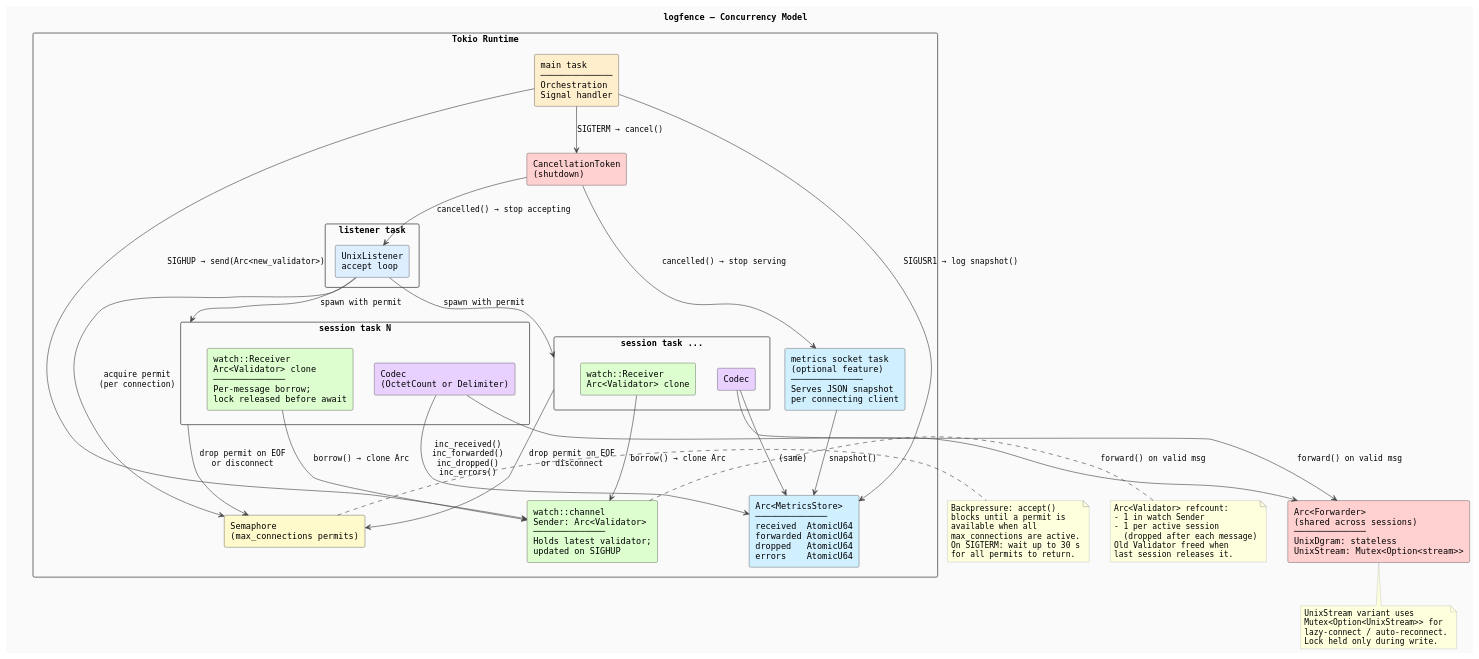
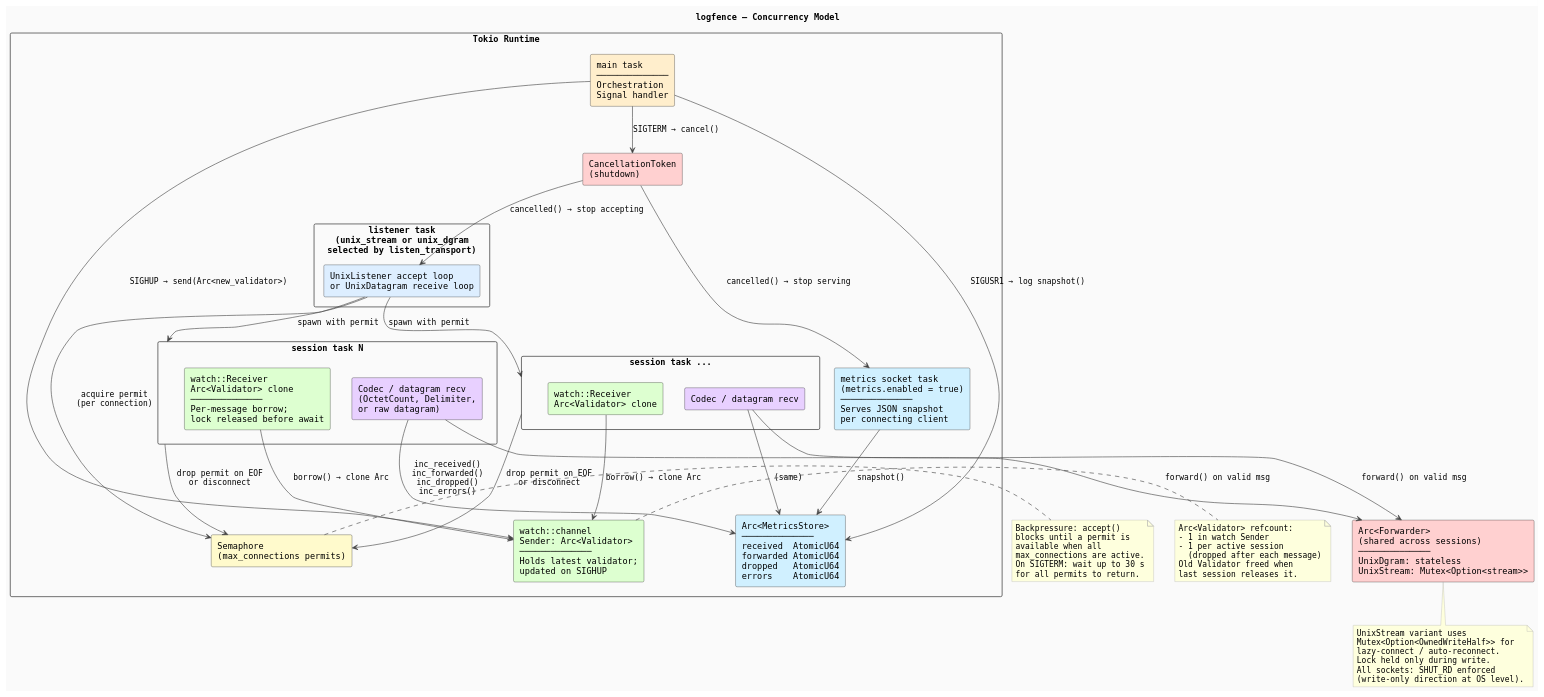
One commit to hildstrom/logfence changed the diagram in docs/diagrams/08-concurrency-model.puml. Above: the diagram before and after it, drawn with PlantUML. The commit also changed 23 other files, not shown here.

Commit message:
datagram input support for logfenced, metrics socket enabled flag, doc updates, diagram updates

```diff
--- a/docs/diagrams/08-concurrency-model.puml
+++ b/docs/diagrams/08-concurrency-model.puml
@@ -1,92 +1,94 @@
 @startuml concurrency-model
 title logfence — Concurrency Model
 
 skinparam defaultFontName Monospaced
 skinparam componentStyle rectangle
 skinparam ArrowColor #444444
 skinparam BackgroundColor #FAFAFA
 skinparam noteBorderColor #AAAAAA
 
 rectangle "Tokio Runtime" {
 
   component "main task\n──────────────\nOrchestration\nSignal handler" as Main #FFEECC
 
   component "Semaphore\n(max_connections permits)" as Sema #FFFACC
 
   component "watch::channel\nSender: Arc<Validator>\n──────────────\nHolds latest validator;\nupdated on SIGHUP" as Watch #DDFFD0
 
   component "CancellationToken\n(shutdown)" as Cancel #FFD0D0
 
   component "Arc<MetricsStore>\n──────────────\nreceived  AtomicU64\nforwarded AtomicU64\ndropped   AtomicU64\nerrors    AtomicU64" as Metrics #D0F0FF
 
-  rectangle "listener task" {
-    component "UnixListener\naccept loop" as AcceptLoop #DDEEFF
+  rectangle "listener task\n(unix_stream or unix_dgram\nselected by listen_transport)" {
+    component "UnixListener accept loop\nor UnixDatagram receive loop" as AcceptLoop #DDEEFF
   }
 
   rectangle "session task N" as S1 {
     component "watch::Receiver\nArc<Validator> clone\n──────────────\nPer-message borrow;\nlock released before await" as WatchRx1 #DDFFD0
-    component "Codec\n(OctetCount or Delimiter)" as Codec1 #E8D0FF
+    component "Codec / datagram recv\n(OctetCount, Delimiter,\nor raw datagram)" as Codec1 #E8D0FF
   }
 
   rectangle "session task ..." as S2 {
     component "watch::Receiver\nArc<Validator> clone" as WatchRx2 #DDFFD0
-    component "Codec" as Codec2 #E8D0FF
+    component "Codec / datagram recv" as Codec2 #E8D0FF
   }
 
-  component "metrics socket task\n(optional feature)\n──────────────\nServes JSON snapshot\nper connecting client" as MetricsSock #D0F0FF
+  component "metrics socket task\n(metrics.enabled = true)\n──────────────\nServes JSON snapshot\nper connecting client" as MetricsSock #D0F0FF
 
 }
 
 component "Arc<Forwarder>\n(shared across sessions)\n──────────────\nUnixDgram: stateless\nUnixStream: Mutex<Option<stream>>" as Forwarder #FFD0D0
 
 Main --> Watch : SIGHUP → send(Arc<new_validator>)
 Main --> Cancel : SIGTERM → cancel()
 Main --> Metrics : SIGUSR1 → log snapshot()
 
 Cancel --> AcceptLoop : cancelled() → stop accepting
 Cancel --> MetricsSock : cancelled() → stop serving
 
 AcceptLoop --> Sema : acquire permit\n(per connection)
 AcceptLoop --> S1 : spawn with permit
 AcceptLoop --> S2 : spawn with permit
 
 S1 --> Sema : drop permit on EOF\nor disconnect
 S2 --> Sema : drop permit on EOF\nor disconnect
 
 WatchRx1 --> Watch : borrow() → clone Arc
 WatchRx2 --> Watch : borrow() → clone Arc
 
 Codec1 --> Forwarder : forward() on valid msg
 Codec2 --> Forwarder : forward() on valid msg
 
 Codec1 --> Metrics : inc_received()\ninc_forwarded()\ninc_dropped()\ninc_errors()
 Codec2 --> Metrics : (same)
 
 MetricsSock --> Metrics : snapshot()
 
 note bottom of Forwarder
   UnixStream variant uses
-  Mutex<Option<UnixStream>> for
+  Mutex<Option<OwnedWriteHalf>> for
   lazy-connect / auto-reconnect.
   Lock held only during write.
+  All sockets: SHUT_RD enforced
+  (write-only direction at OS level).
 end note
 
 note right of Watch
   Arc<Validator> refcount:
   - 1 in watch Sender
   - 1 per active session
     (dropped after each message)
   Old Validator freed when
   last session releases it.
 end note
 
 note right of Sema
   Backpressure: accept()
   blocks until a permit is
   available when all
   max_connections are active.
   On SIGTERM: wait up to 30 s
   for all permits to return.
 end note
 
 @enduml
```
